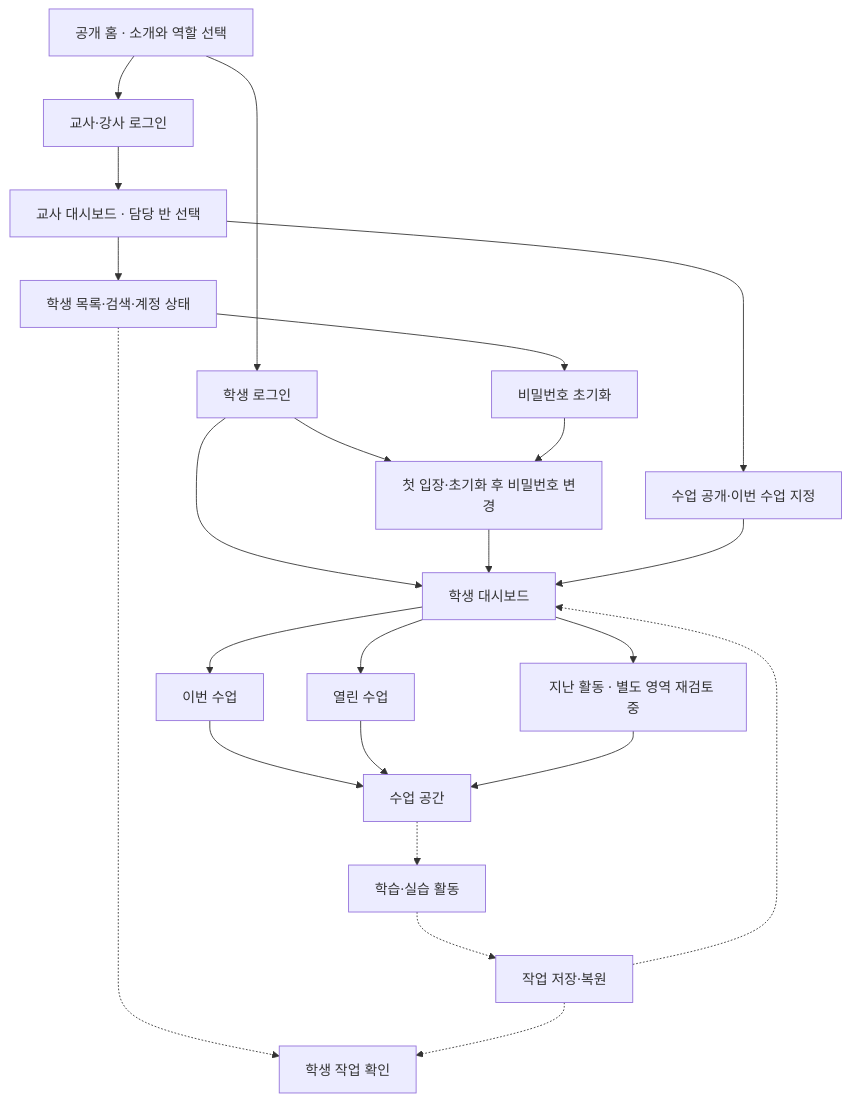
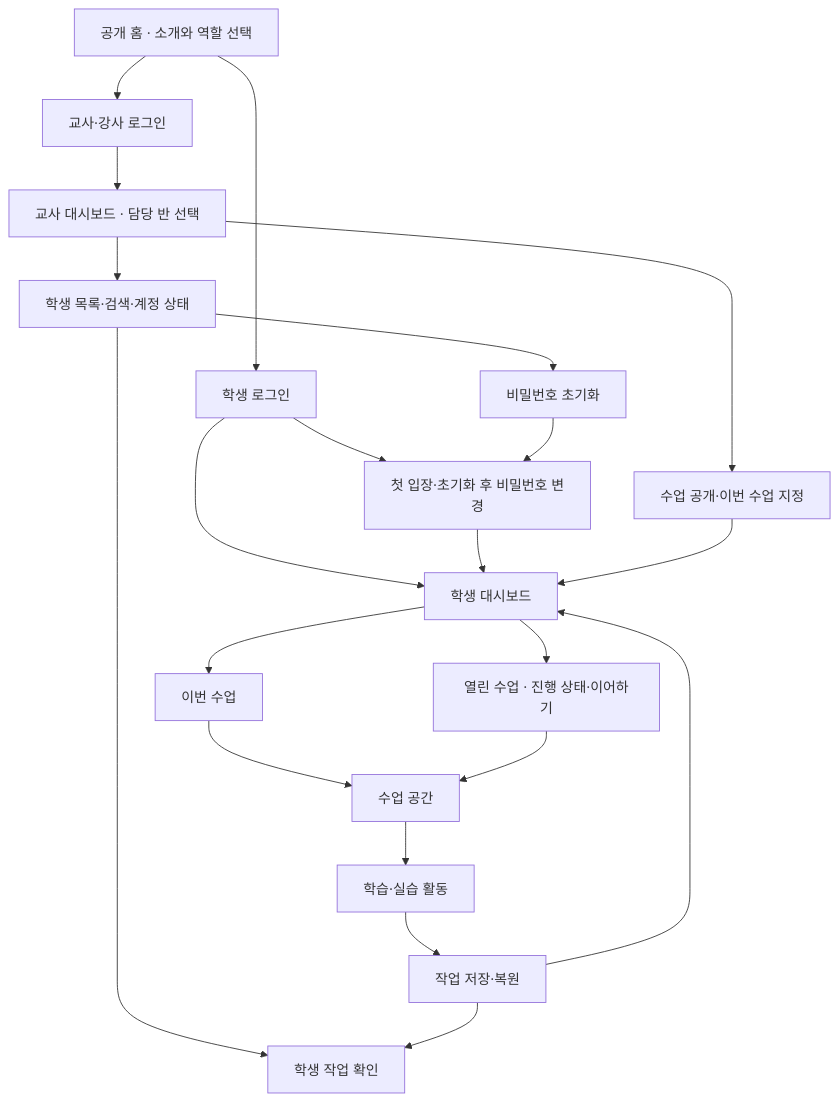
One commit to DonghyunT/cs-class changed the diagram in PRD.md. Above: the diagram before and after it, drawn with Mermaid. The commit also changed other lines of this file and 62 other files, not shown here.

````diff
--- a/PRD.md
+++ b/PRD.md
@@ -22,25 +32,23 @@
 ```mermaid
 flowchart TD
     home["공개 홈 · 소개와 역할 선택"] --> studentLogin["학생 로그인"]
     home --> staffLogin["교사·강사 로그인"]
     studentLogin --> password["첫 입장·초기화 후 비밀번호 변경"]
     studentLogin --> student["학생 대시보드"]
     password --> student
     student --> current["이번 수업"]
-    student --> opened["열린 수업"]
-    student --> recent["지난 활동 · 별도 영역 재검토 중"]
+    student --> opened["열린 수업 · 진행 상태·이어하기"]
     current --> classroom["수업 공간"]
     opened --> classroom
-    recent --> classroom
-    classroom -.-> activity["학습·실습 활동"]
-    activity -.-> save["작업 저장·복원"]
-    save -.-> student
+    classroom --> activity["학습·실습 활동"]
+    activity --> save["작업 저장·복원"]
+    save --> student
     staffLogin --> teacher["교사 대시보드 · 담당 반 선택"]
     teacher --> manage["수업 공개·이번 수업 지정"]
     manage --> student
     teacher --> students["학생 목록·검색·계정 상태"]
     students --> reset["비밀번호 초기화"]
     reset --> password
-    students -.-> work["학생 작업 확인"]
-    save -.-> work
+    students --> work["학생 작업 확인"]
+    save --> work
 ```
````
